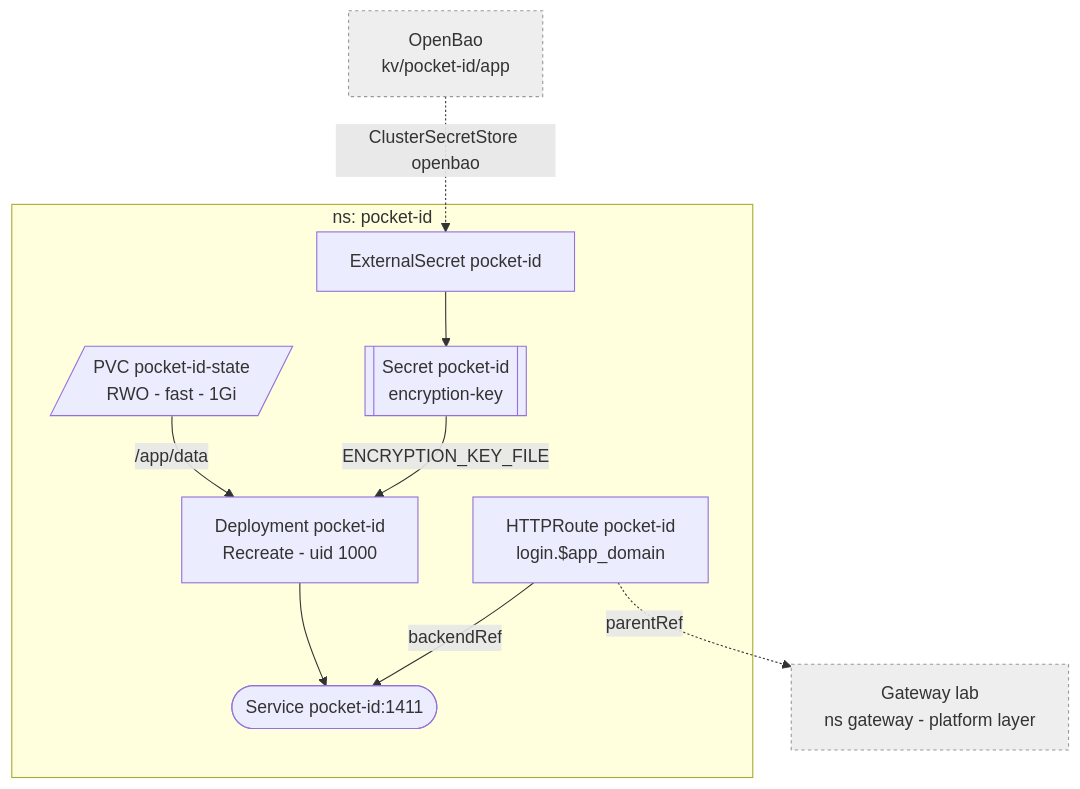
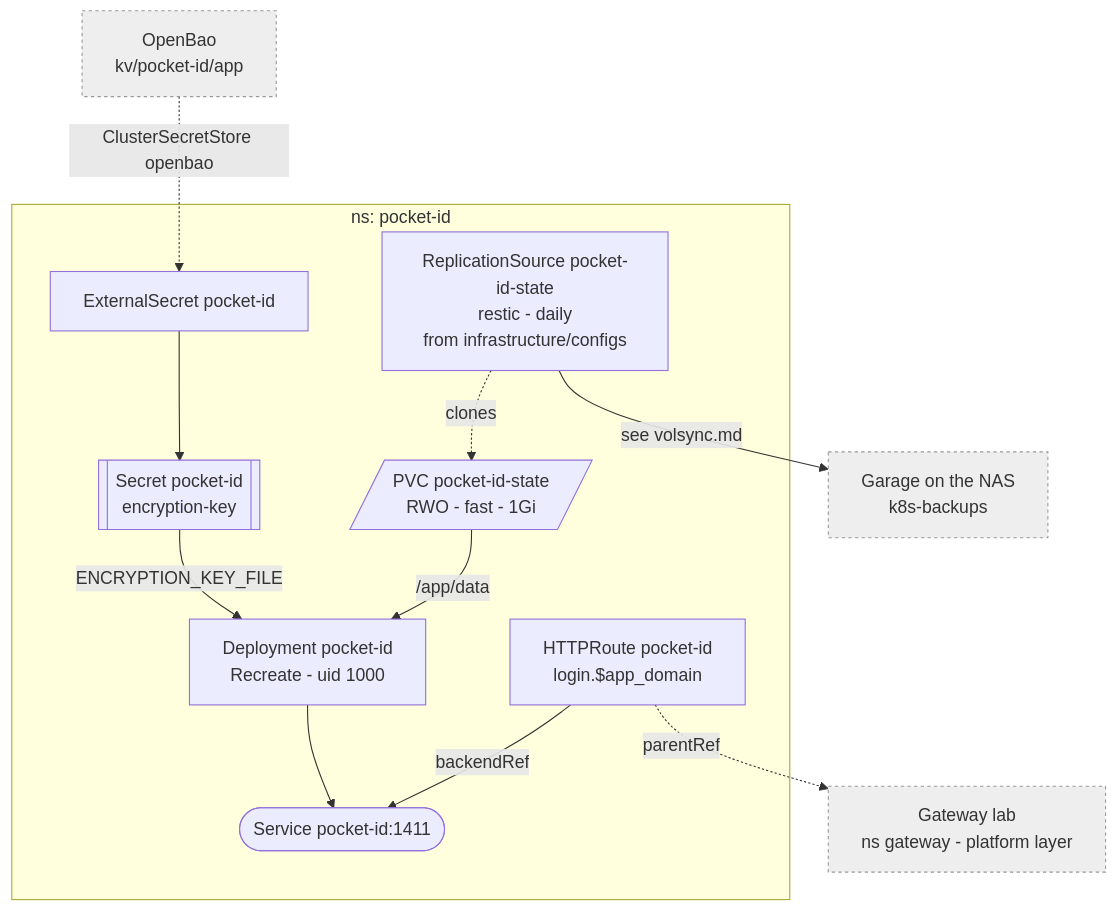
One commit to Sojamann/homelab-apps changed the diagram in docs/pocket-id.md. Above: the diagram before and after it, drawn with Mermaid. The commit also changed other lines of this file and 5 other files, not shown here.

````diff
--- a/docs/pocket-id.md
+++ b/docs/pocket-id.md
@@ -7,17 +7,19 @@
 ```mermaid
 graph TD
   subgraph pid["ns: pocket-id"]
     ES["ExternalSecret pocket-id"] --> SEC[["Secret pocket-id<br/>encryption-key"]]
     SRV["Deployment pocket-id<br/>Recreate - uid 1000"]
     SRV --> SVC(["Service pocket-id:1411"])
     PVC[/"PVC pocket-id-state<br/>RWO - fast - 1Gi"/] -->|/app/data| SRV
+    RS["ReplicationSource pocket-id-state<br/>restic - daily<br/>from infrastructure/configs"] -.->|clones| PVC
     SEC -->|ENCRYPTION_KEY_FILE| SRV
     RT["HTTPRoute pocket-id<br/>login.$app_domain"] -->|backendRef| SVC
   end
 
   BAO["OpenBao<br/>kv/pocket-id/app"] -.->|ClusterSecretStore openbao| ES
+  RS -->|see volsync.md| GA["Garage on the NAS<br/>k8s-backups"]
   RT -.->|parentRef| GW["Gateway lab<br/>ns gateway - platform layer"]
 
   classDef ext fill:#eee,stroke:#999,stroke-dasharray:3 3;
-  class GW,BAO ext;
+  class GW,BAO,GA ext;
 ```
````
